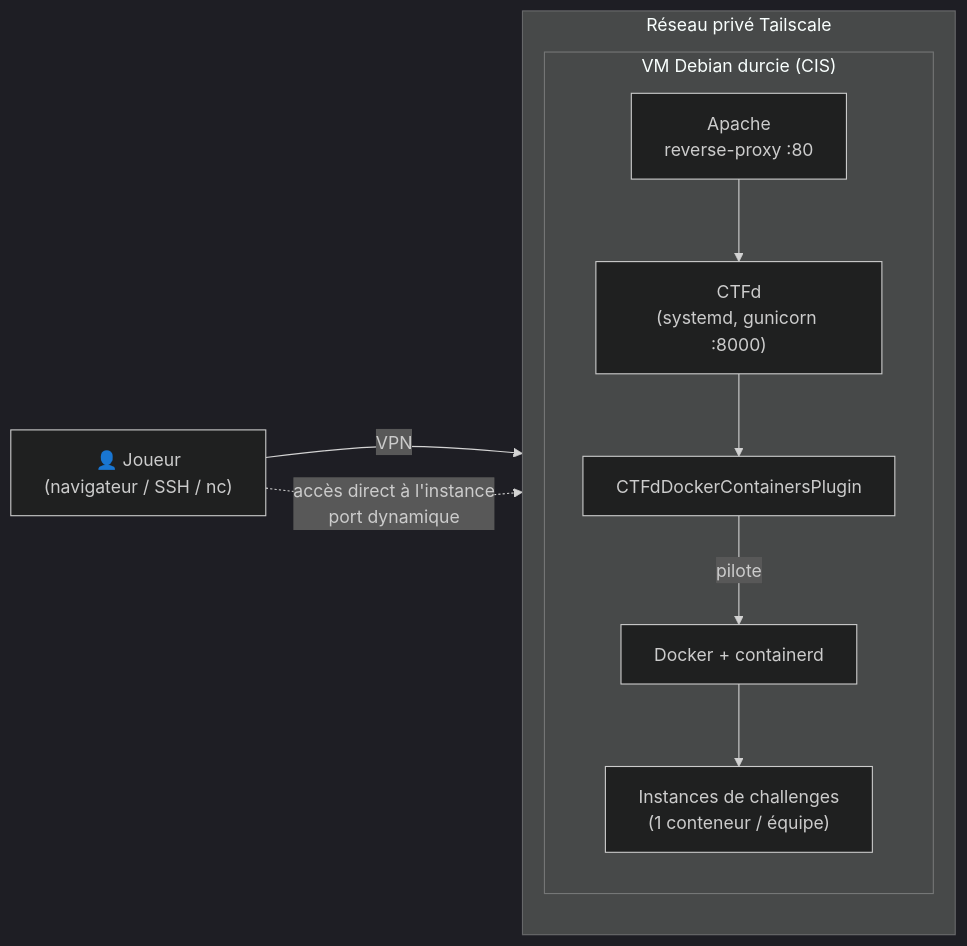
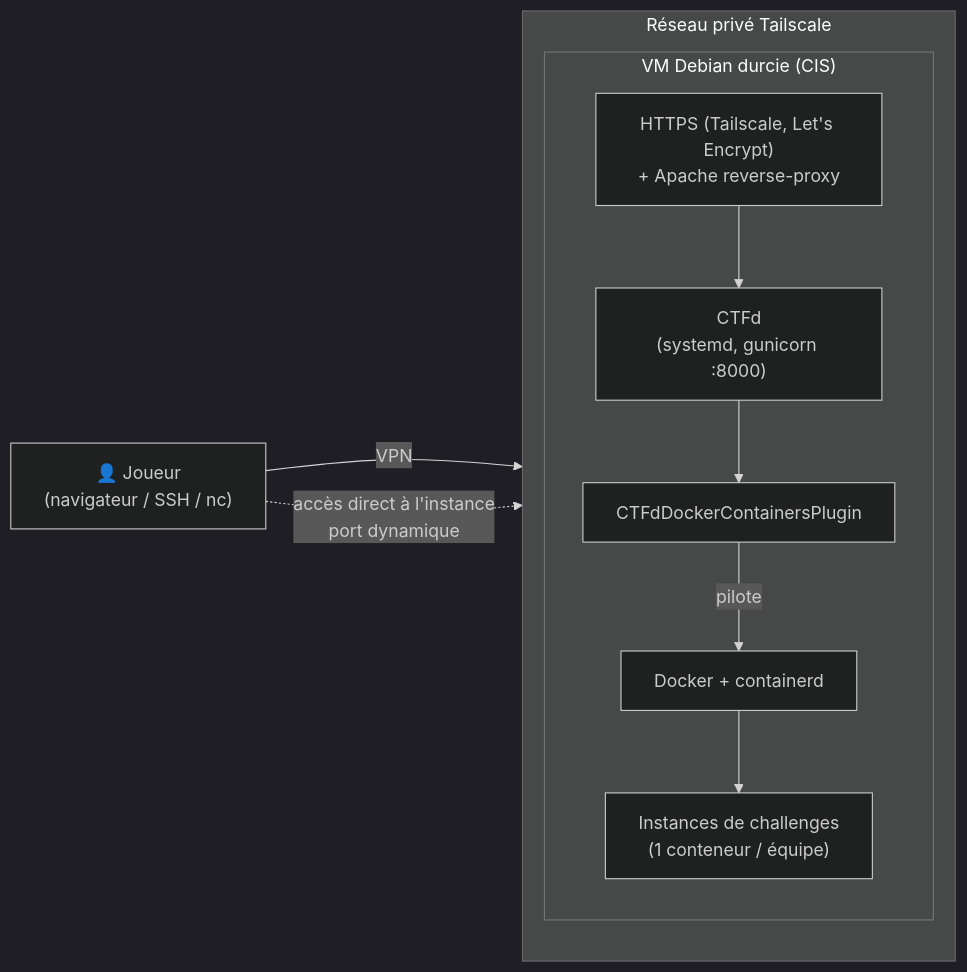
Before and after one commit to Jacob-dot-bit/RootMeUp: the diagram in docs/architecture.md, drawn with Mermaid (dark theme). The commit also changed other lines of this file and 2 other files, not shown here.

Commit message:
docs: CTFd accessible en HTTPS via Tailscale (URL + schéma)

````diff
--- a/docs/architecture.md
+++ b/docs/architecture.md
@@ -3,19 +3,19 @@
 ```mermaid
 flowchart LR
     joueur["👤 Joueur<br/>(navigateur / SSH / nc)"]
 
     subgraph tailnet["Réseau privé Tailscale"]
         direction TB
         subgraph vm["VM Debian durcie (CIS)"]
-            apache["Apache<br/>reverse-proxy :80"]
+            apache["HTTPS (Tailscale, Let's Encrypt)<br/>+ Apache reverse-proxy"]
             ctfd["CTFd<br/>(systemd, gunicorn :8000)"]
             plugin["CTFdDockerContainersPlugin"]
             docker["Docker + containerd"]
             inst["Instances de challenges<br/>(1 conteneur / équipe)"]
         end
     end
 
     joueur -->|VPN| apache --> ctfd --> plugin
     plugin -->|pilote| docker --> inst
     joueur -.->|accès direct à l'instance<br/>port dynamique| inst
 ```
````
